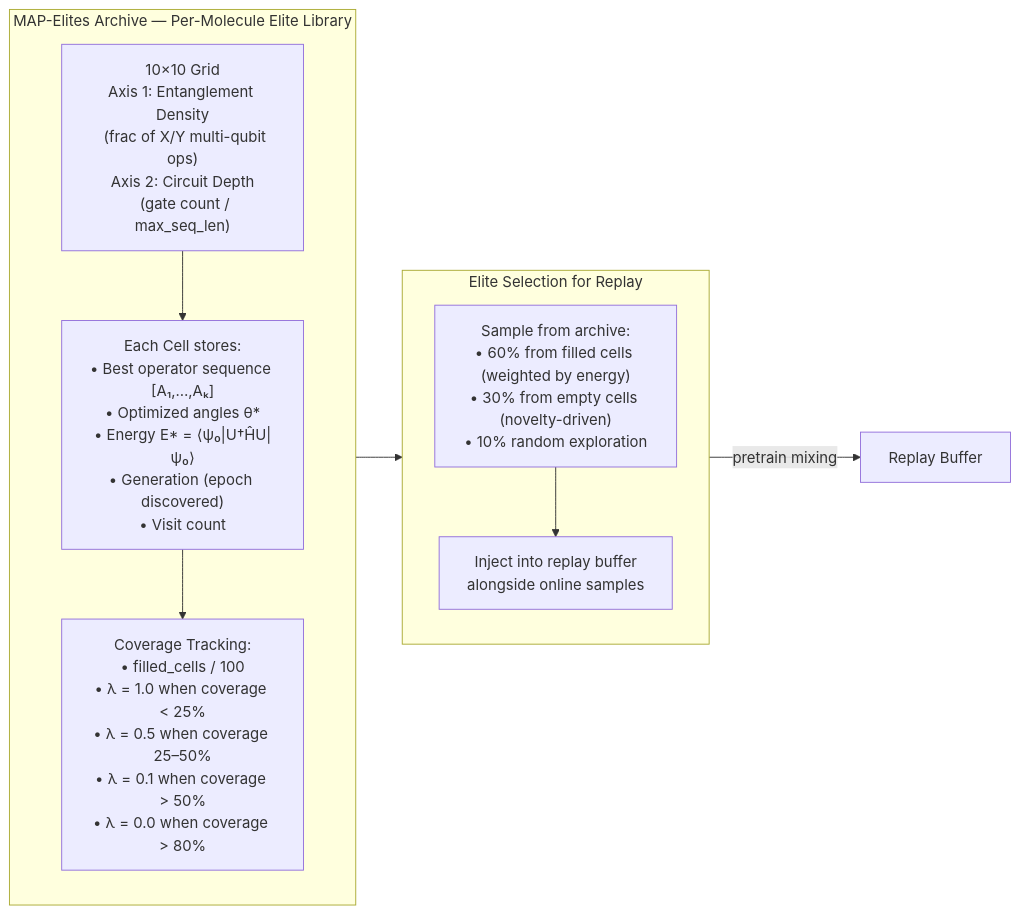
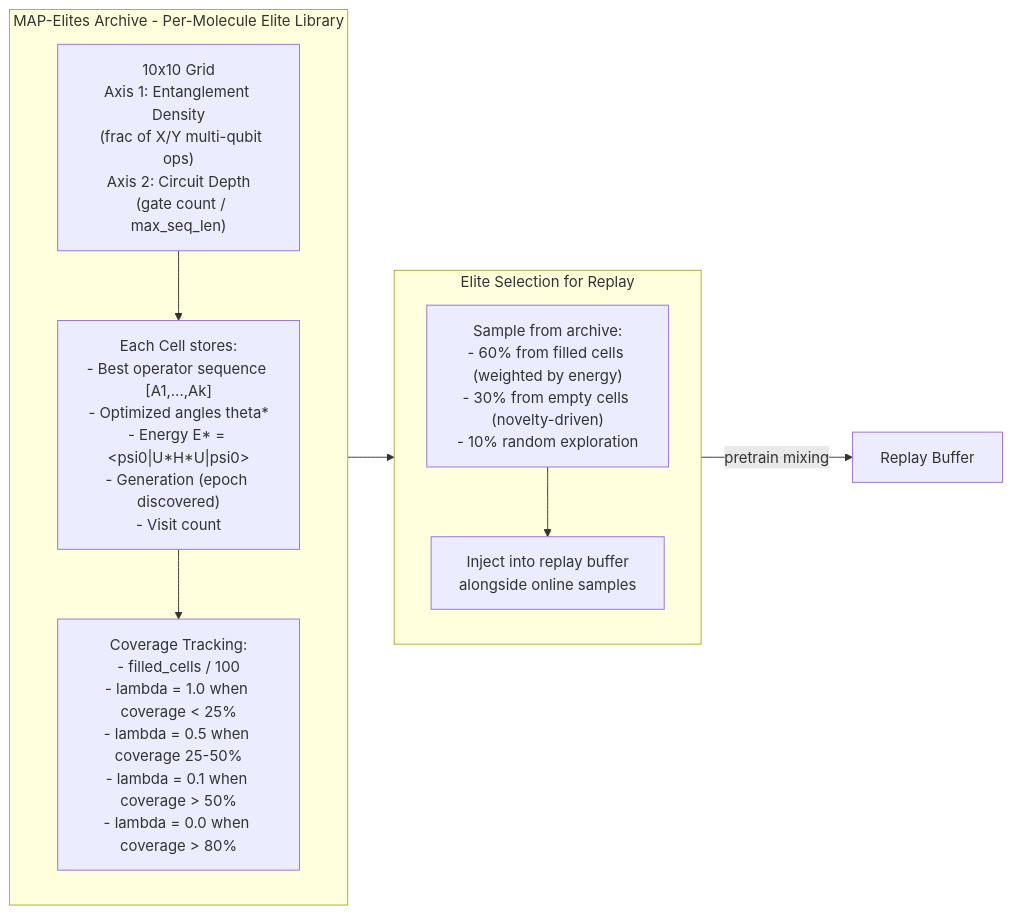
Before and after one commit to Quantum-Buddies/Conditional-GQE_materials: the seventh of 11 diagrams in README.md, drawn with Mermaid. The commit also changed other lines of this file, not shown here.

First line of the commit message:
fix: replace all Unicode with ASCII in Mermaid diagrams for GitHub rendering

````diff
--- a/README.md
+++ b/README.md
@@ -402,20 +402,20 @@
 ```mermaid
 flowchart LR
-    subgraph Archive ["MAP-Elites Archive — Per-Molecule Elite Library"]
+    subgraph Archive ["MAP-Elites Archive - Per-Molecule Elite Library"]
         direction TB
-        Grid["10×10 Grid<br>Axis 1: Entanglement Density<br>  (frac of X/Y multi-qubit ops)<br>Axis 2: Circuit Depth<br>  (gate count / max_seq_len)"]
-        Cell["Each Cell stores:<br>• Best operator sequence [A₁,…,Aₖ]<br>• Optimized angles θ*<br>• Energy E* = ⟨ψ₀|U†ĤU|ψ₀⟩<br>• Generation (epoch discovered)<br>• Visit count"]
-        Coverage["Coverage Tracking:<br>• filled_cells / 100<br>• λ = 1.0 when coverage < 25%<br>• λ = 0.5 when coverage 25–50%<br>• λ = 0.1 when coverage > 50%<br>• λ = 0.0 when coverage > 80%"]
+        Grid["10x10 Grid<br>Axis 1: Entanglement Density<br>  (frac of X/Y multi-qubit ops)<br>Axis 2: Circuit Depth<br>  (gate count / max_seq_len)"]
+        Cell["Each Cell stores:<br>- Best operator sequence [A1,...,Ak]<br>- Optimized angles theta*<br>- Energy E* = &lt;psi0|U*H*U|psi0&gt;<br>- Generation (epoch discovered)<br>- Visit count"]
+        Coverage["Coverage Tracking:<br>- filled_cells / 100<br>- lambda = 1.0 when coverage < 25%<br>- lambda = 0.5 when coverage 25-50%<br>- lambda = 0.1 when coverage > 50%<br>- lambda = 0.0 when coverage > 80%"]
         Grid --> Cell --> Coverage
     end
 
     subgraph Selection ["Elite Selection for Replay"]
         direction TB
-        Sample2["Sample from archive:<br>• 60% from filled cells (weighted by energy)<br>• 30% from empty cells (novelty-driven)<br>• 10% random exploration"]
+        Sample2["Sample from archive:<br>- 60% from filled cells (weighted by energy)<br>- 30% from empty cells (novelty-driven)<br>- 10% random exploration"]
         Inject["Inject into replay buffer<br>alongside online samples"]
         Sample2 --> Inject
     end
 
     Archive --> Selection
     Selection -->|"pretrain mixing"| Buffer["Replay Buffer"]
 ```
````
